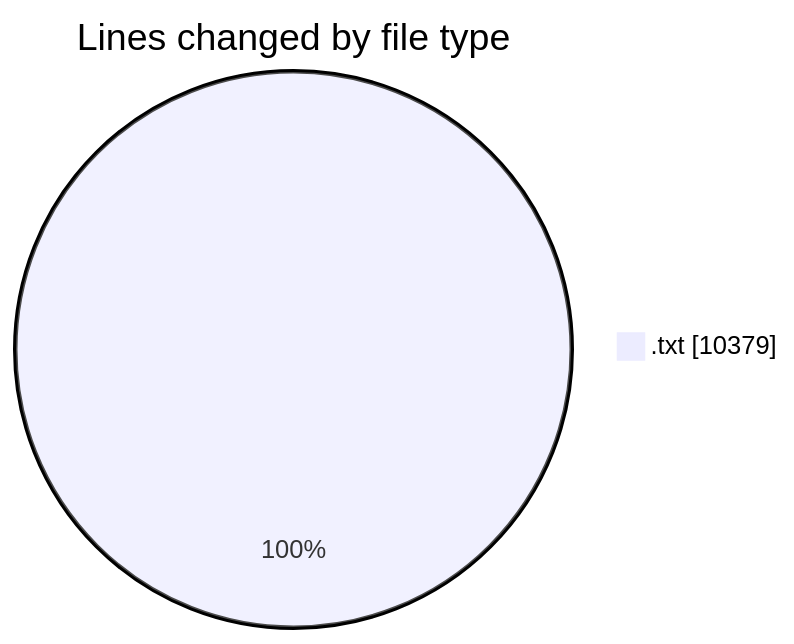
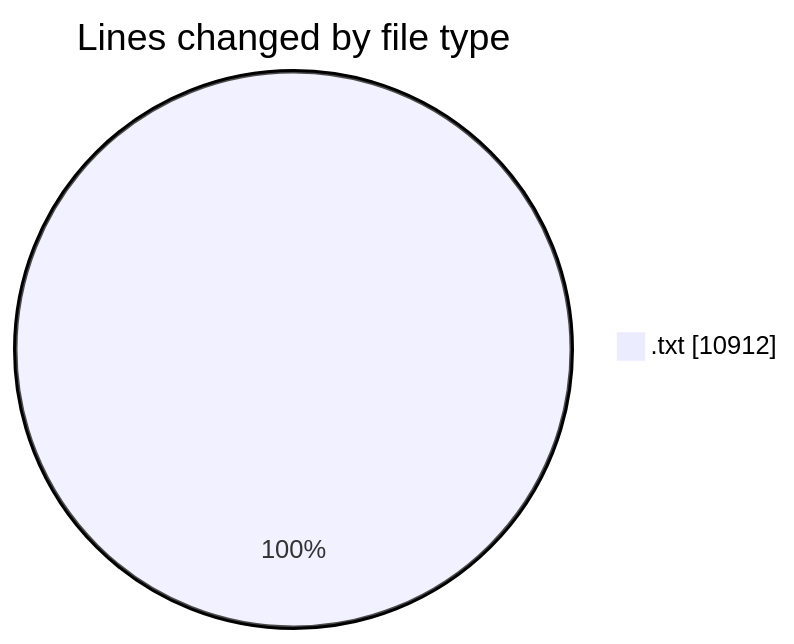
The first of 2 diagrams in 2026-11-23/informesdocpath/README.md (ricardozamudiocil/code-tracking), drawn with Mermaid before and after one commit. The commit also changed other lines of this file and 1 other file, not shown here.

````diff
--- a/2026-11-23/informesdocpath/README.md
+++ b/2026-11-23/informesdocpath/README.md
@@ -22,5 +22,5 @@
 ```mermaid
 pie showData
 title Lines changed by file type
-".txt" : 10379
+".txt" : 10912
 ```
````
